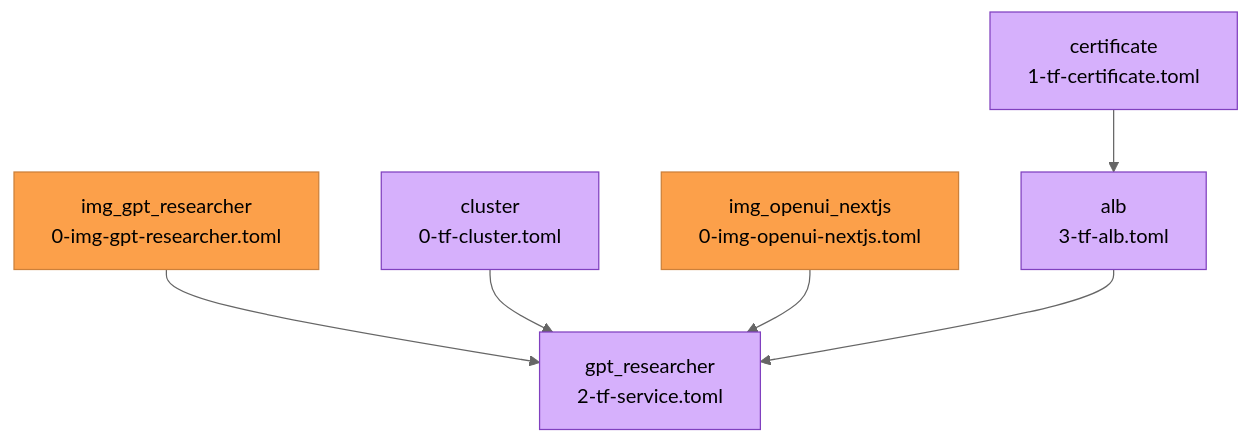
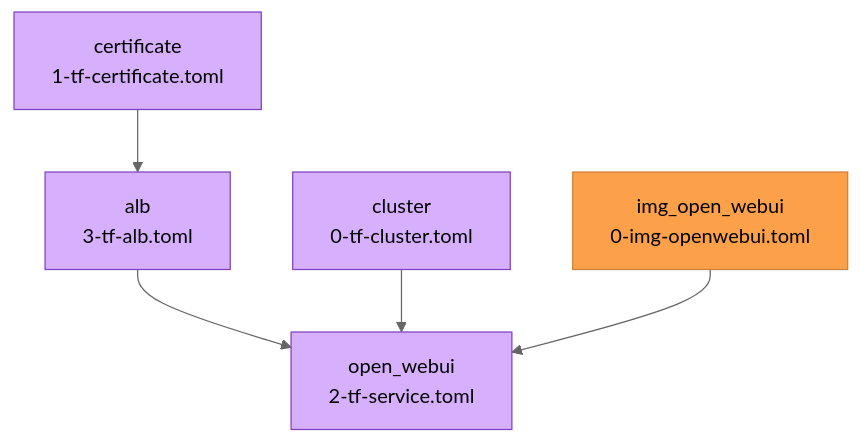
The diagram in byo-llm-openui/README.md (nuonco/example-app-configs), drawn with Mermaid (neutral theme) before and after one commit. The commit also changed other lines of this file, not shown here.

````diff
--- a/byo-llm-openui/README.md
+++ b/byo-llm-openui/README.md
@@ -21,21 +20,19 @@
 ```mermaid
 graph TD
-  img_openui_nextjs["img_openui_nextjs<br/>0-img-openui-nextjs.toml"]
   certificate["certificate<br/>1-tf-certificate.toml"]
-  gpt_researcher["gpt_researcher<br/>2-tf-service.toml"]
+  img_open_webui["img_open_webui<br/>0-img-openwebui.toml"]
+  open_webui["open_webui<br/>2-tf-service.toml"]
   cluster["cluster<br/>0-tf-cluster.toml"]
-  img_gpt_researcher["img_gpt_researcher<br/>0-img-gpt-researcher.toml"]
   alb["alb<br/>3-tf-alb.toml"]
 
-  img_gpt_researcher --> gpt_researcher
-  cluster --> gpt_researcher
-  img_openui_nextjs --> gpt_researcher
-  alb --> gpt_researcher
+  alb --> open_webui
+  cluster --> open_webui
+  img_open_webui --> open_webui
   certificate --> alb
 
-  class certificate,gpt_researcher,cluster,alb tfClass;
-  class img_openui_nextjs,img_gpt_researcher imgClass;
+  class certificate,open_webui,cluster,alb tfClass;
+  class img_open_webui imgClass;
 
   classDef tfClass fill:#D6B0FC,stroke:#8040BF,color:#000;
   classDef imgClass fill:#FCA04A,stroke:#CC803A,color:#000;
 ```
````
